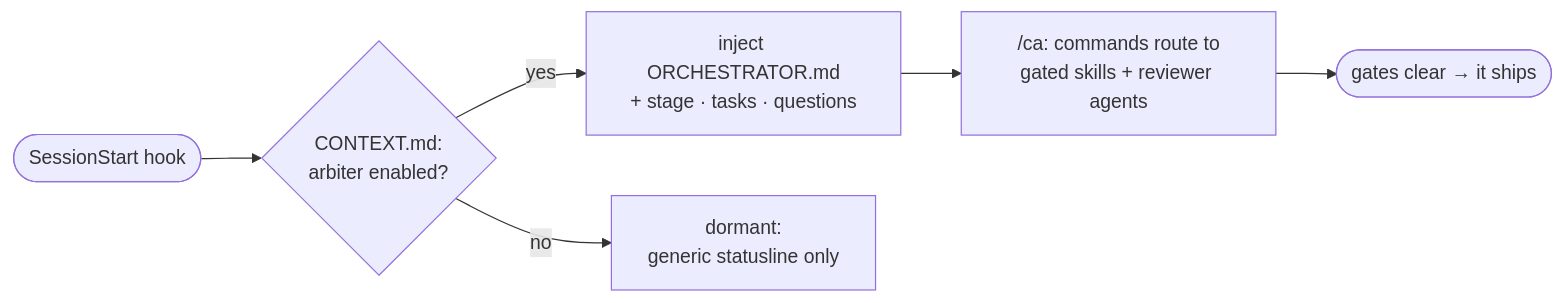
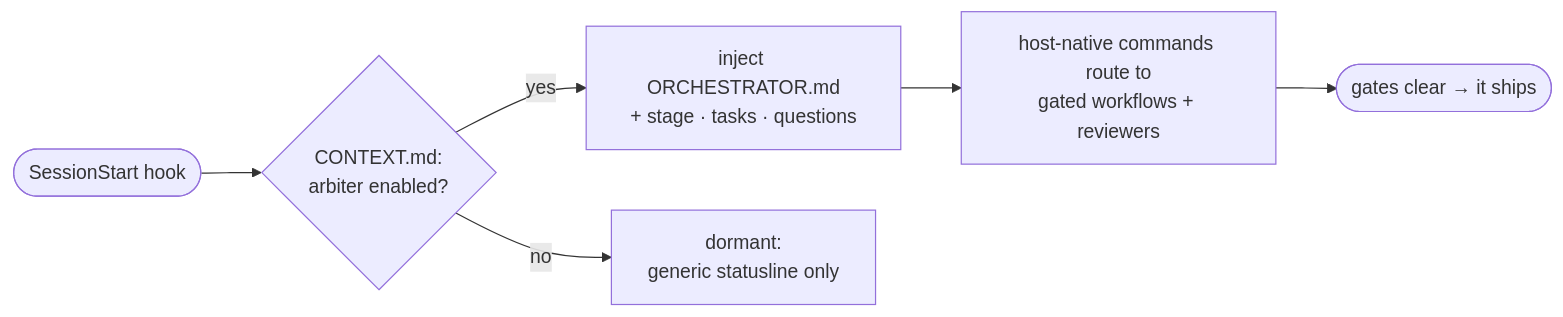
The diagram in README.md (arbiterForge/codeArbiter), drawn with Mermaid before and after one commit. The commit also changed other lines of this file and 1 other file, not shown here.

````diff
--- a/README.md
+++ b/README.md
@@ -118,8 +155,8 @@
 ```mermaid
 flowchart LR
     A(["SessionStart hook"]) --> B{"CONTEXT.md:<br/>arbiter enabled?"}
     B -->|yes| C["inject ORCHESTRATOR.md<br/>+ stage · tasks · questions"]
     B -->|no| D["dormant:<br/>generic statusline only"]
-    C --> E["/ca: commands route to<br/>gated skills + reviewer agents"]
+    C --> E["host-native commands route to<br/>gated workflows + reviewers"]
     E --> F(["gates clear → it ships"])
 ```
````
